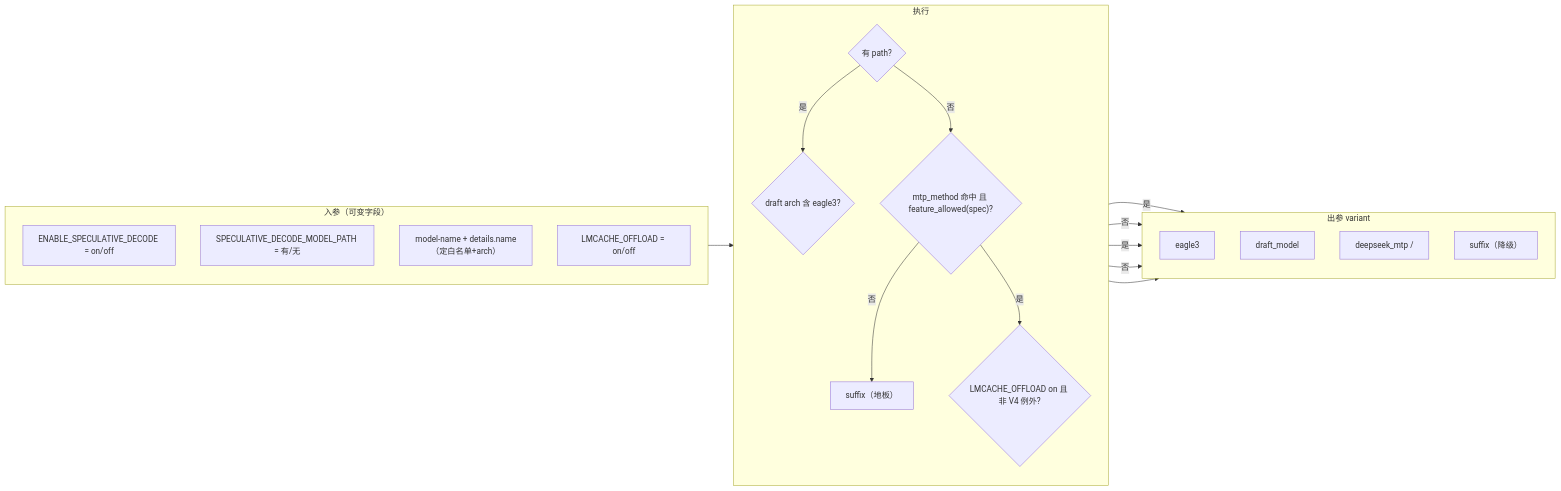
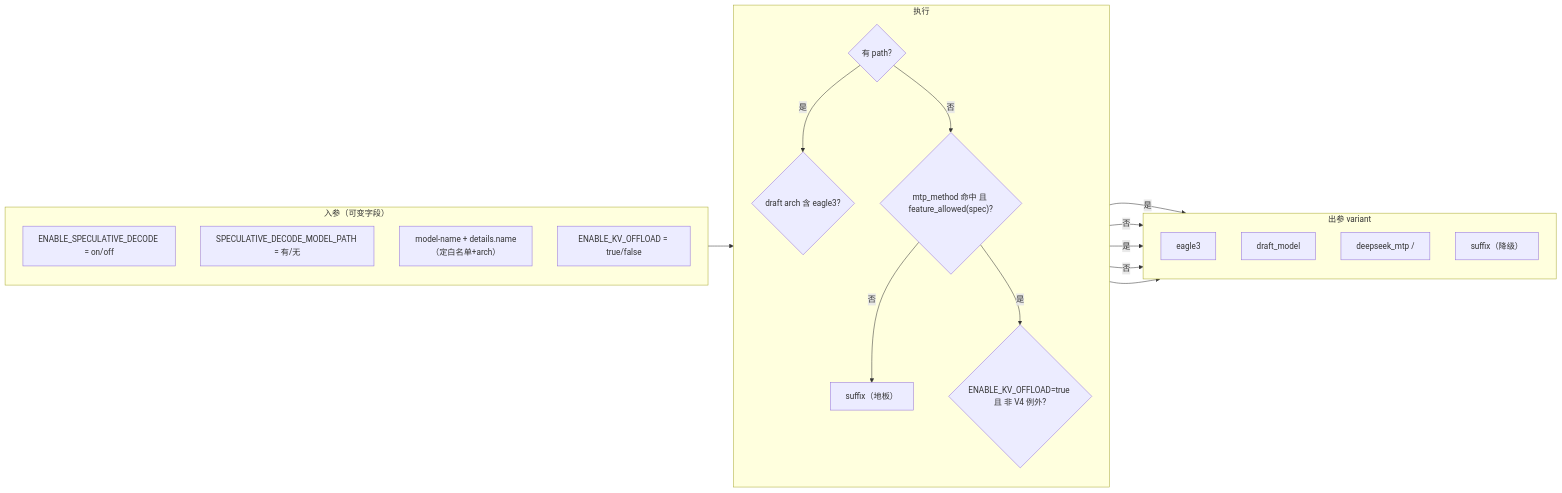
One commit to thegodloy-jpg/wings-control changed diagram 16 of 18 in xuqiu/smart/需求一-三特性使能.md. Above: the diagram before and after it, drawn with Mermaid. The commit also changed other lines of this file and 1 other file, not shown here.

````diff
--- a/xuqiu/smart/需求一-三特性使能.md
+++ b/xuqiu/smart/需求一-三特性使能.md
@@ -1005,34 +1072,34 @@
 ```mermaid
 flowchart LR
   subgraph IN["入参（可变字段）"]
     direction TB
     P1["ENABLE_SPECULATIVE_DECODE = on/off"]
     P2["SPECULATIVE_DECODE_MODEL_PATH = 有/无"]
     P3["model-name + details.name（定白名单+arch）"]
-    P4["LMCACHE_OFFLOAD = on/off"]
+    P4["ENABLE_KV_OFFLOAD = true/false"]
   end
   subgraph EXEC["执行"]
     direction TB
     E1{"有 path?"}
     E2{"draft arch 含 eagle3?"}
     E3{"mtp_method 命中 且 feature_allowed(spec)?"}
-    E4{"LMCACHE_OFFLOAD on 且 非 V4 例外?"}
+    E4{"ENABLE_KV_OFFLOAD=true 且 非 V4 例外?"}
     E1 -- 是 --> E2
     E1 -- 否 --> E3
     E3 -- 否 --> SUF1
     E3 -- 是 --> E4
   end
   subgraph OUT["出参 variant"]
     direction TB
     Re["eagle3"]
     Rd["draft_model"]
     Rm["deepseek_mtp / <mtp>"]
     SUF1["suffix（地板）"]
     SUF2["suffix（降级）"]
   end
   E2 -- 是 --> Re
   E2 -- 否 --> Rd
   E4 -- 是 --> SUF2
   E4 -- 否 --> Rm
   IN --> EXEC --> OUT
 ```
````
